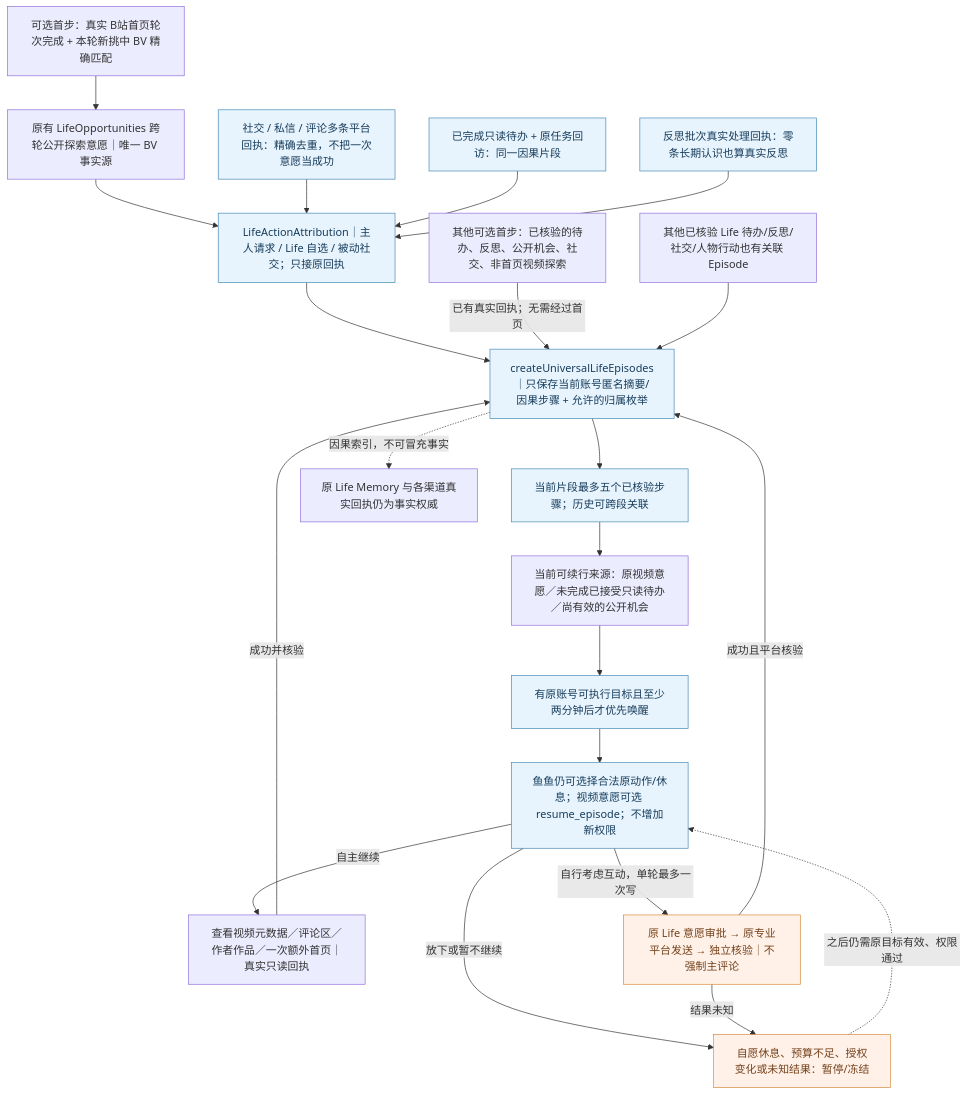
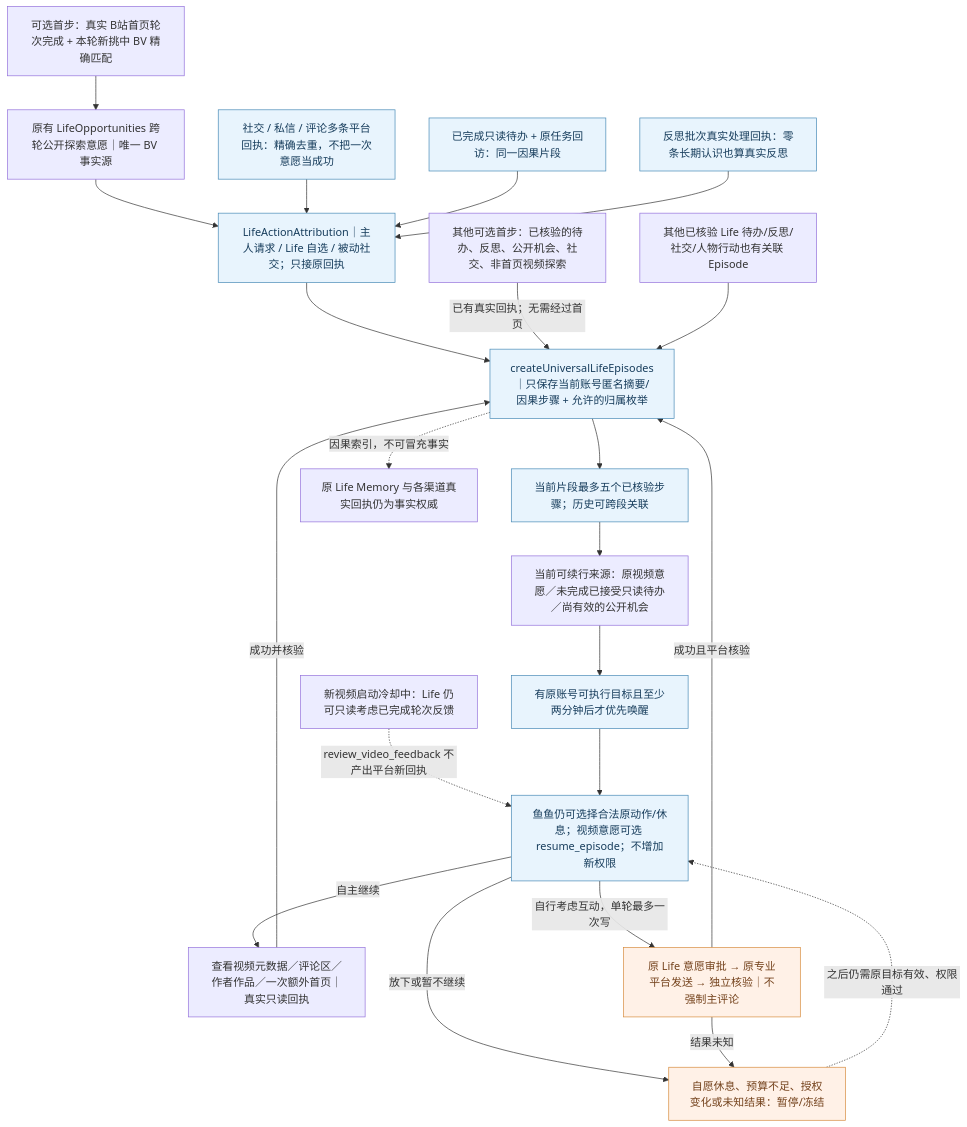
One commit to minedalang/dsh-dafeiyu-life changed the diagram in docs/architecture/diagrams/life-universal-episodes-current.mmd. Above: the diagram before and after it, drawn with Mermaid. The commit also changed 13 other files, not shown here.

```diff
--- a/docs/architecture/diagrams/life-universal-episodes-current.mmd
+++ b/docs/architecture/diagrams/life-universal-episodes-current.mmd
@@ -1,55 +1,59 @@
 %% dev.37 统一归属 + dev.36 Universal Episode：有意义的自主动作共享因果归属，不改变原平台授权
 flowchart TB
   child["可选首步：真实 B站首页轮次完成 + 本轮新挑中 BV 精确匹配"]
   firstOther["其他可选首步：已核验的待办、反思、公开机会、社交、非首页视频探索"]
   eligible["当前可续行来源：原视频意愿／未完成已接受只读待办／尚有效的公开机会"]
   canonical["原有 LifeOpportunities 跨轮公开探索意愿｜唯一 BV 事实源"]
   attribution["LifeActionAttribution｜主人请求 / Life 自选 / 被动社交；只接原回执"]
   socialReceipt["社交 / 私信 / 评论多条平台回执：精确去重，不把一次意愿当成功"]
   todoReceipt["已完成只读待办 + 原任务回访：同一因果片段"]
   reflectionReceipt["反思批次真实处理回执：零条长期认识也算真实反思"]
+  videoFeedback["新视频启动冷却中：Life 仍可只读考虑已完成轮次反馈"]
   record["createUniversalLifeEpisodes｜只保存当前账号匿名摘要/因果步骤 + 允许的归属枚举"]
   context["当前片段最多五个已核验步骤；历史可跨段关联"]
   due["有原账号可执行目标且至少两分钟后才优先唤醒"]
   menu["鱼鱼仍可选择合法原动作/休息；视频意愿可选 resume_episode；不增加新权限"]
   read["查看视频元数据／评论区／作者作品／一次额外首页｜真实只读回执"]
   write["原 Life 意愿审批 → 原专业平台发送 → 独立核验｜不强制主评论"]
   pause["自愿休息、预算不足、授权变化或未知结果：暂停/冻结"]
   other["其他已核验 Life 待办/反思/社交/人物行动也有关联 Episode"]
   memory["原 Life Memory 与各渠道真实回执仍为事实权威"]
   child --> canonical --> attribution --> record
   socialReceipt --> attribution
   todoReceipt --> attribution
   reflectionReceipt --> attribution
   firstOther -->|已有真实回执；无需经过首页| record
+  videoFeedback -.->|review_video_feedback 不产出平台新回执| menu
   record --> context --> eligible --> due --> menu
   menu -->|自主继续| read -->|成功并核验| record
   menu -->|自行考虑互动，单轮最多一次写| write -->|成功且平台核验| record
   menu -->|放下或暂不继续| pause
   write -->|结果未知| pause
   other --> record
   record -.->|因果索引，不可冒充事实| memory
   pause -.->|之后仍需原目标有效、权限通过| menu
   classDef safe fill:#e8f4fd,stroke:#4689b6,color:#173d5c
   classDef caveat fill:#fff1e7,stroke:#d68a3c,color:#74421c
   class record,context,menu,due,attribution,socialReceipt,todoReceipt,reflectionReceipt safe
   class pause,write caveat
 
 %% @code child | index.js | const episode=lifeOpportunities.beginHomeExploration
 %% @code canonical | lib/life-opportunities.mjs | const continuations=
 %% @code firstOther | lib/autonomous-planner.mjs | const good=new Map([
 %% @code eligible | lib/life-episode-entrypoints.mjs | export function eligibleLifeEpisodeSources
 %% @code record | lib/life-universal-episodes.mjs | export function createUniversalLifeEpisodes
 %% @code context | lib/life-universal-episodes.mjs | const view=e=>
 %% @code due | lib/life-universal-episodes.mjs | const due=(
 %% @code menu | lib/autonomous-planner.mjs | action:'resume_episode'
 %% @code read | lib/autonomous-planner.mjs | const continueLifeRead=async
 %% @code write | lib/life-video-action-bridge.mjs | createLifeVideoActionBridge
 %% @code pause | lib/life-universal-episodes.mjs | const pauseLatest=(
 %% @code other | index.js | onEpisodeAction:proof=>universalLifeEpisodes.record(proof)
 %% @code memory | lib/life-memory-coordinator.mjs | createLifeMemoryCoordinator
 
 %% @code attribution | lib/life-action-attribution.mjs | export function createLifeActionAttribution
 %% @code socialReceipt | lib/life-willingness.mjs | const exact=typeof receiptId
 %% @code todoReceipt | index.js | sourceRef:'todo:'+original.id
 %% @code reflectionReceipt | lib/life-reflection.mjs | result.receiptId=receiptId
+
+%% @code videoFeedback | lib/autonomous-planner.mjs | action:'review_video_feedback'
```
